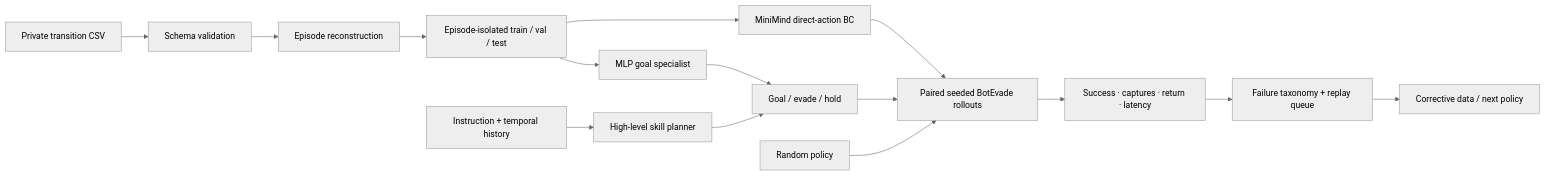
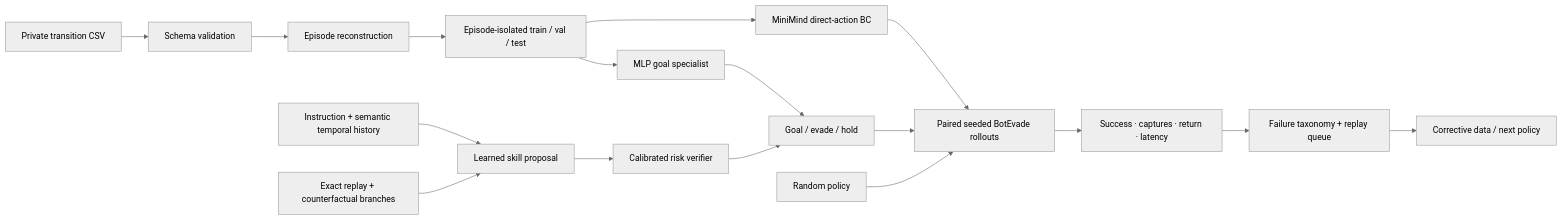
One commit to hanshuo-shuo/MouseMind changed the diagram in mouse_llm/README.md. Above: the diagram before and after it, drawn with Mermaid (neutral theme). The commit also changed other lines of this file and 75 other files, not shown here.

````diff
--- a/mouse_llm/README.md
+++ b/mouse_llm/README.md
@@ -65,17 +83,19 @@
 ```mermaid
 flowchart LR
     A["Private transition CSV"] --> B["Schema validation"]
     B --> C["Episode reconstruction"]
     C --> D["Episode-isolated train / val / test"]
     D --> E["MiniMind direct-action BC"]
     D --> F["MLP goal specialist"]
-    I["Instruction + temporal history"] --> P["High-level skill planner"]
-    P --> Q["Goal / evade / hold"]
+    I["Instruction + semantic temporal history"] --> P["Learned skill proposal"]
+    C2["Exact replay + counterfactual branches"] --> P
+    P --> V["Calibrated risk verifier"]
+    V --> Q["Goal / evade / hold"]
     F --> Q
     G["Random policy"] --> H["Paired seeded BotEvade rollouts"]
     E --> H
     Q --> H
     H --> J["Success · captures · return · latency"]
     J --> K["Failure taxonomy + replay queue"]
     K --> L["Corrective data / next policy"]
 ```
````
